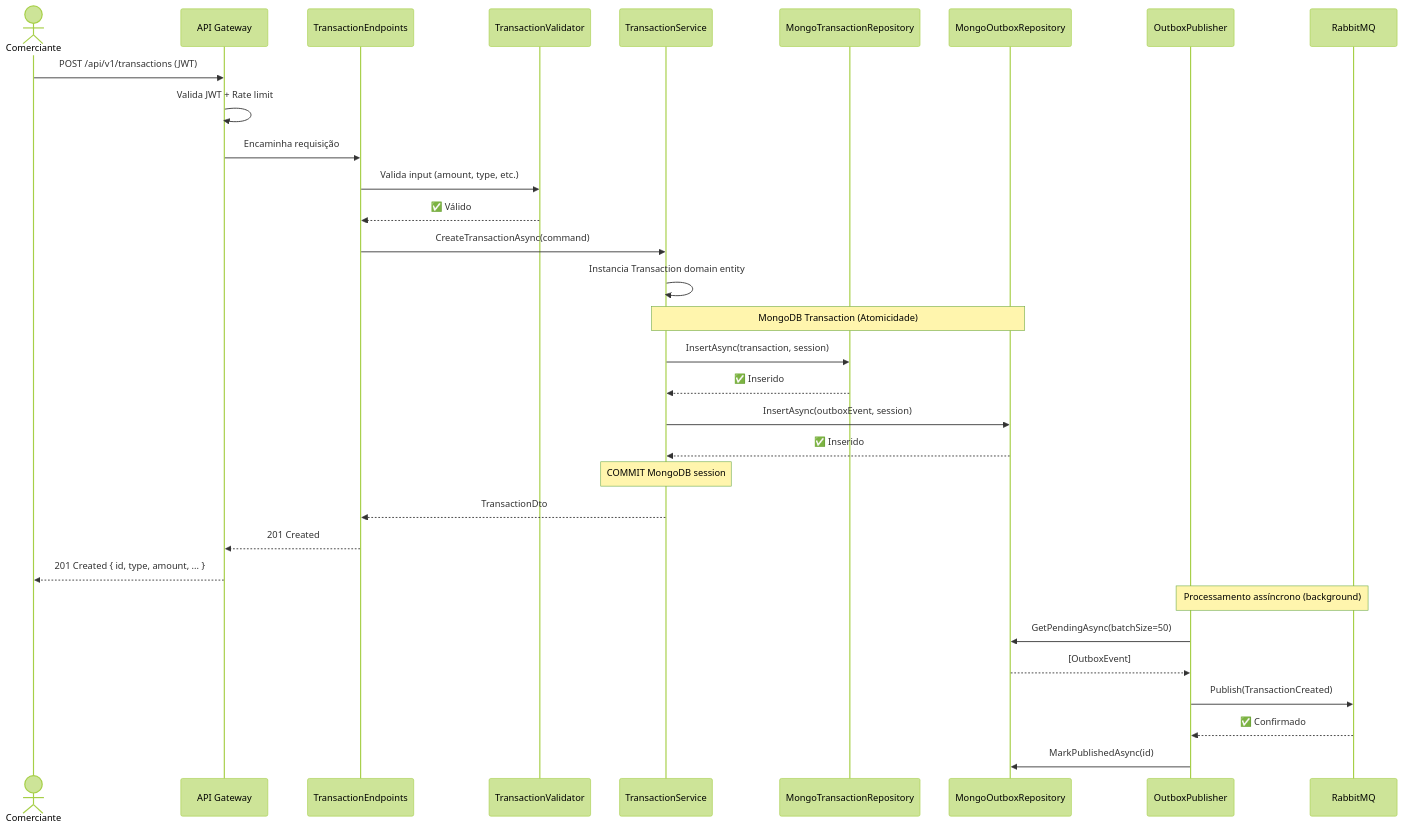
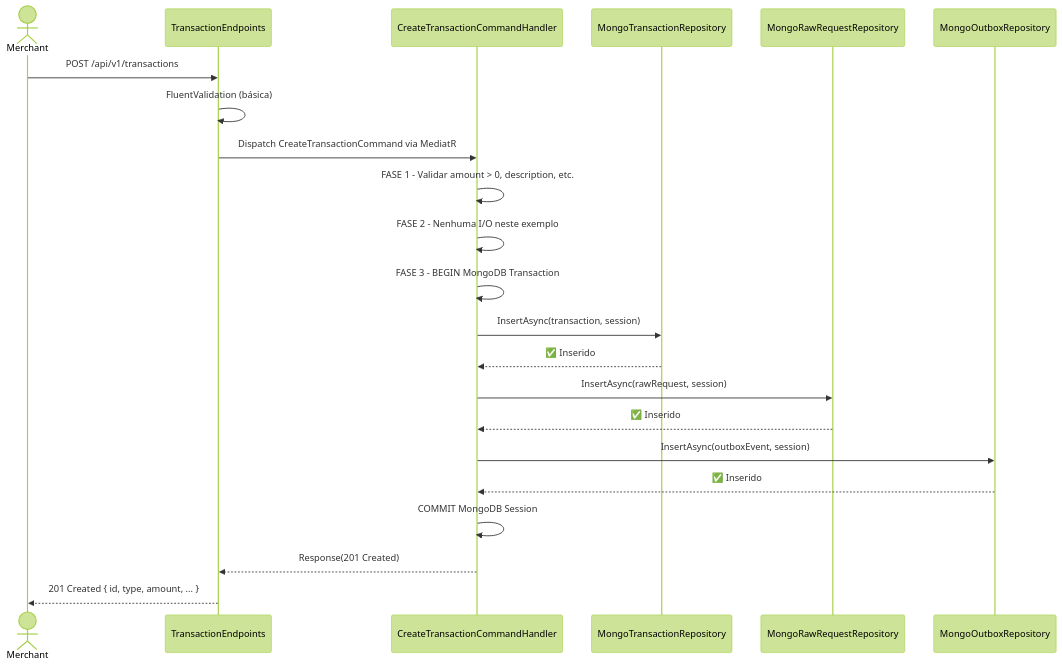
The second of 2 diagrams in docs/architecture/03-component-transactions.md (ddrsdiego/cash-flow-challenge-dotnet), drawn with Mermaid (forest theme) before and after one commit. The commit also changed other lines of this file and 29 other files, not shown here.

````diff
--- a/docs/architecture/03-component-transactions.md
+++ b/docs/architecture/03-component-transactions.md
@@ -232,43 +335,30 @@
 ```mermaid
 sequenceDiagram
-    actor Merchant as Comerciante
-    participant GW as API Gateway
+    actor Merchant
     participant EP as TransactionEndpoints
-    participant VAL as TransactionValidator
-    participant SVC as TransactionService
-    participant TXREPO as MongoTransactionRepository
-    participant OUTBOX as MongoOutboxRepository
-    participant PUB as OutboxPublisher
-    participant MQ as RabbitMQ
+    participant Handler as CreateTransactionCommandHandler
+    participant TxRepo as MongoTransactionRepository
+    participant RawRepo as MongoRawRequestRepository
+    participant OutboxRepo as MongoOutboxRepository
 
-    Merchant->>GW: POST /api/v1/transactions (JWT)
-    GW->>GW: Valida JWT + Rate limit
-    GW->>EP: Encaminha requisição
+    Merchant->>EP: POST /api/v1/transactions
+    EP->>EP: FluentValidation (básica)
+    EP->>Handler: Dispatch CreateTransactionCommand via MediatR
 
-    EP->>VAL: Valida input (amount, type, etc.)
-    VAL-->>EP: ✅ Válido
+    Handler->>Handler: FASE 1 - Validar amount > 0, description, etc.
+    Handler->>Handler: FASE 2 - Nenhuma I/O neste exemplo
+    Handler->>Handler: FASE 3 - BEGIN MongoDB Transaction
 
-    EP->>SVC: CreateTransactionAsync(command)
+    Handler->>TxRepo: InsertAsync(transaction, session)
+    TxRepo-->>Handler: ✅ Inserido
 
-    SVC->>SVC: Instancia Transaction domain entity
+    Handler->>RawRepo: InsertAsync(rawRequest, session)
+    RawRepo-->>Handler: ✅ Inserido
 
-    Note over SVC,OUTBOX: MongoDB Transaction (Atomicidade)
-    SVC->>TXREPO: InsertAsync(transaction, session)
-    TXREPO-->>SVC: ✅ Inserido
+    Handler->>OutboxRepo: InsertAsync(outboxEvent, session)
+    OutboxRepo-->>Handler: ✅ Inserido
 
-    SVC->>OUTBOX: InsertAsync(outboxEvent, session)
-    OUTBOX-->>SVC: ✅ Inserido
-
-    Note over SVC: COMMIT MongoDB session
-
-    SVC-->>EP: TransactionDto
-    EP-->>GW: 201 Created
-    GW-->>Merchant: 201 Created { id, type, amount, ... }
-
-    Note over PUB,MQ: Processamento assíncrono (background)
-    PUB->>OUTBOX: GetPendingAsync(batchSize=50)
-    OUTBOX-->>PUB: [OutboxEvent]
-    PUB->>MQ: Publish(TransactionCreated)
-    MQ-->>PUB: ✅ Confirmado
-    PUB->>OUTBOX: MarkPublishedAsync(id)
+    Handler->>Handler: COMMIT MongoDB Session
+    Handler-->>EP: Response(201 Created)
+    EP-->>Merchant: 201 Created { id, type, amount, ... }
 ```
````
